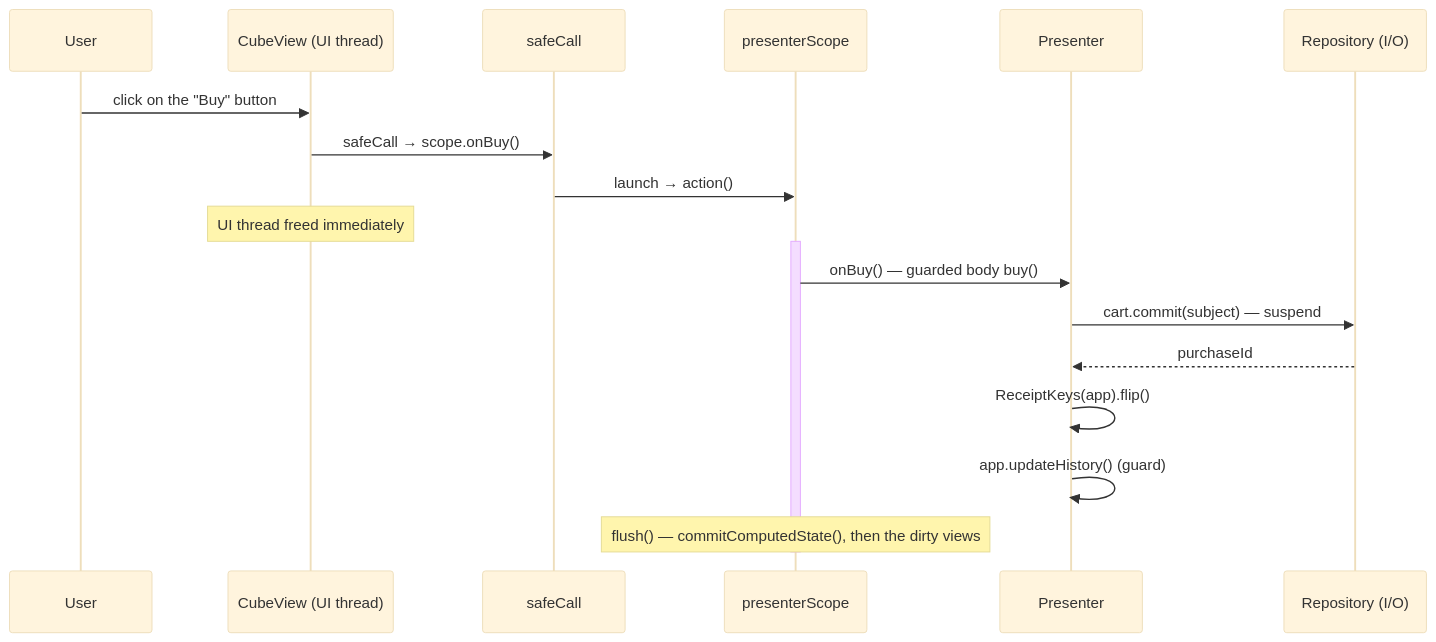
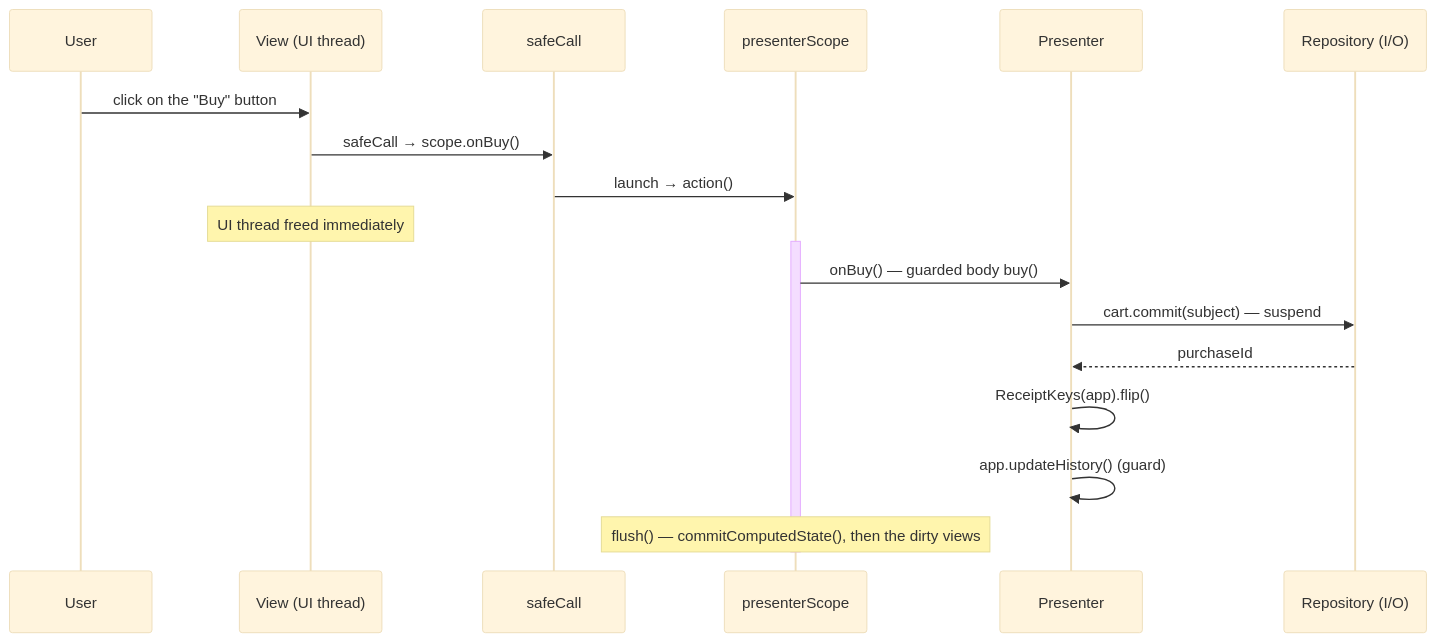
Before and after one commit to mrcdom/wdc-cube-kotlin: diagram 13 of 19 in docs/architecture-cube.md, drawn with Mermaid (base theme). The commit also changed other lines of this file and 11 other files, not shown here.

````diff
--- a/docs/architecture-cube.md
+++ b/docs/architecture-cube.md
@@ -871,23 +870,23 @@
 ```mermaid
 sequenceDiagram
     participant User as User
-    participant View as CubeView (UI thread)
+    participant View as View (UI thread)
     participant Safe as safeCall
     participant Scope as presenterScope
     participant Pres as Presenter
     participant Repo as Repository (I/O)
 
     User->>View: click on the "Buy" button
     View->>Safe: safeCall → scope.onBuy()
     Safe->>Scope: launch → action()
     Note over View: UI thread freed immediately
 
     activate Scope
     Scope->>Pres: onBuy() — guarded body buy()
     Pres->>Repo: cart.commit(subject) — suspend
     Repo-->>Pres: purchaseId
     Pres->>Pres: ReceiptKeys(app).flip()
     Pres->>Pres: app.updateHistory() (guard)
     Note over Scope: flush() — commitComputedState(), then the dirty views
     deactivate Scope
 ```
````
